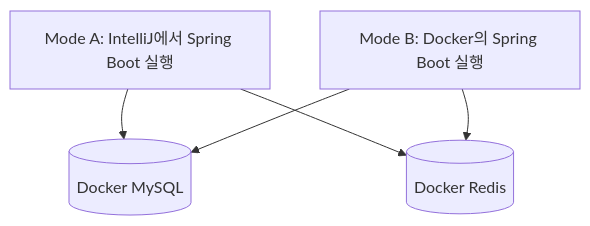
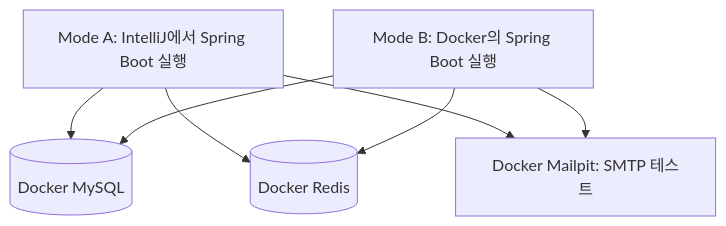
The first of 2 diagrams in README.md (kho903/auth-lab), drawn with Mermaid before and after one commit. The commit also changed other lines of this file, not shown here.

````diff
--- a/README.md
+++ b/README.md
@@ -45,7 +50,9 @@
 ```mermaid
 flowchart TD
     A[Mode A: IntelliJ에서 Spring Boot 실행] --> DB[(Docker MySQL)]
     A --> R[(Docker Redis)]
+    A --> M[Docker Mailpit: SMTP 테스트]
     B[Mode B: Docker의 Spring Boot 실행] --> DB
     B --> R
+    B --> M
 ```
````
